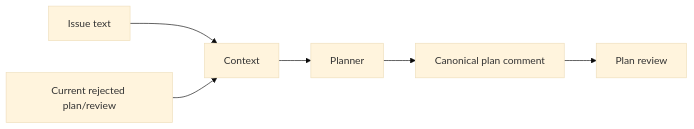
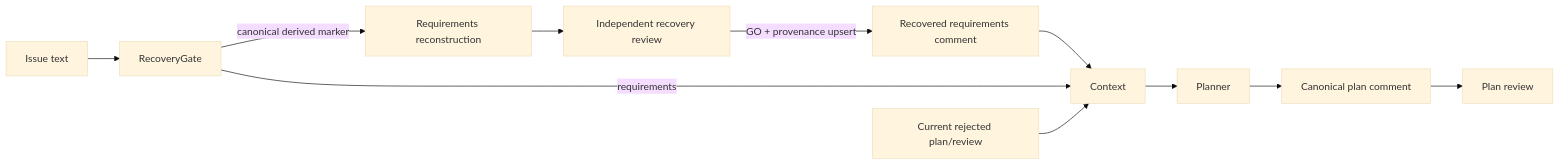
Before and after one commit to HomericIntelligence/Hephaestus: the fifth of 16 diagrams in docs/architecture.md, drawn with Mermaid (base theme). The commit also changed other lines of this file and 63 other files, not shown here.

First line of the commit message:
feat(automation): recover issue requirements autonomously (#2796)

````diff
--- a/docs/architecture.md
+++ b/docs/architecture.md
@@ -785,7 +794,12 @@
 ```mermaid
 flowchart LR
-    Issue["Issue text"] --> Context
+    Issue["Issue text"] --> RecoveryGate
+    RecoveryGate -->|"canonical derived marker"| Recover["Requirements reconstruction"]
+    Recover --> IndependentReview["Independent recovery review"]
+    IndependentReview -->|"GO + provenance upsert"| Provenance["Recovered requirements comment"]
+    Provenance --> Context
+    RecoveryGate -->|"requirements"| Context
     History["Current rejected plan/review"] --> Context
     Context --> Planner --> Canonical["Canonical plan comment"]
     Canonical --> PlanReview["Plan review"]
 ```
````
